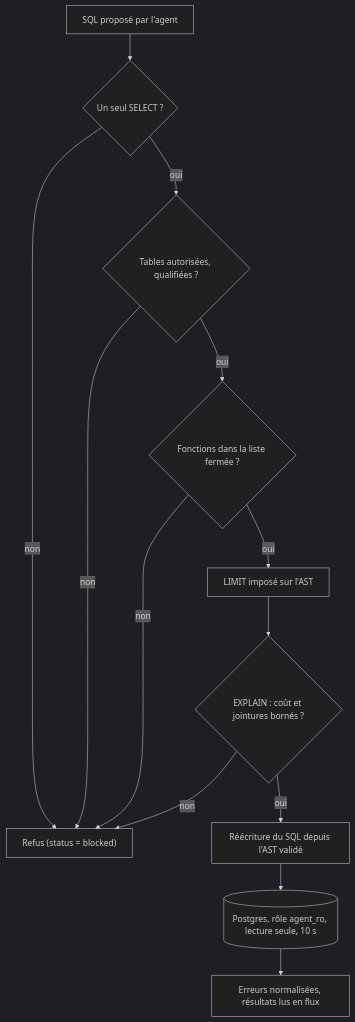
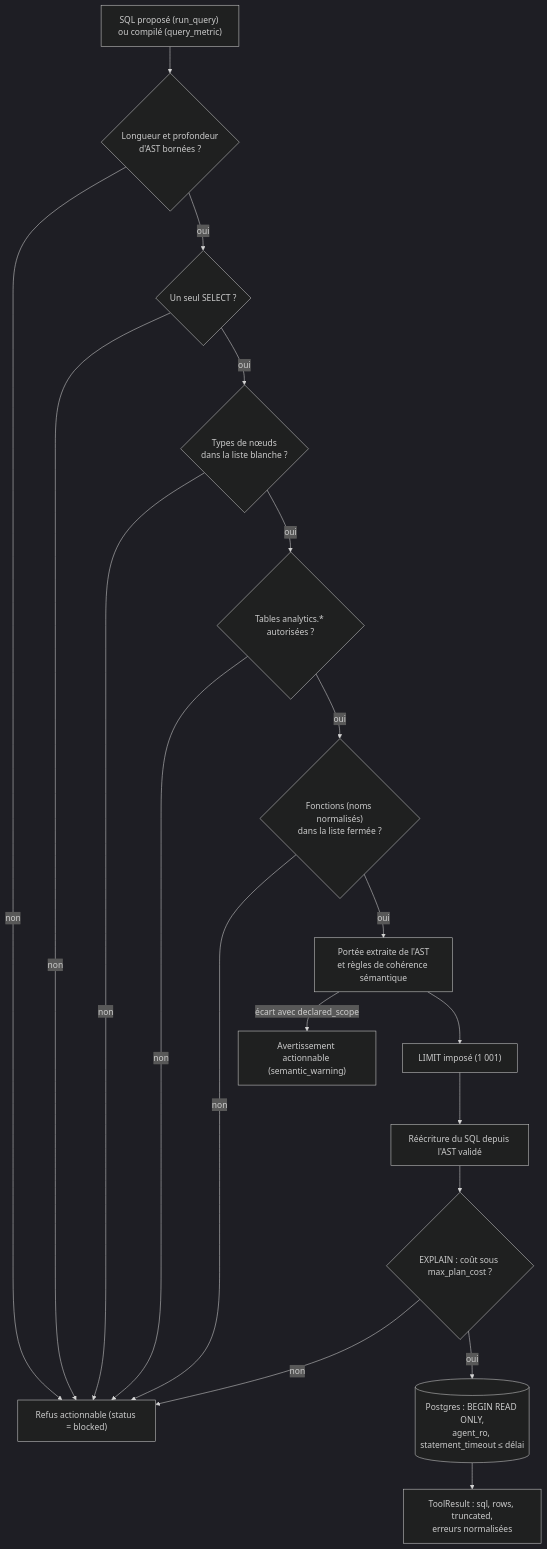
One commit to justefrank/decision-agent-IA changed the diagram in docs/diagrams/08-garde-sql.mmd. Above: the diagram before and after it, drawn with Mermaid (dark theme). The commit also changed 47 other files, not shown here.

First line of the commit message:
docs: passage en v5 (MVP, query_metric, citation par référence, évaluation sur le test seul, intégration Claude) et diagrammes re-rendus

```diff
--- a/docs/diagrams/08-garde-sql.mmd
+++ b/docs/diagrams/08-garde-sql.mmd
@@ -1,13 +1,19 @@
 flowchart TD
-  S["SQL proposé par l'agent"] --> P{"Un seul SELECT ?"}
-  P -- non --> X["Refus (status = blocked)"]
-  P -- oui --> T{"Tables autorisées, qualifiées ?"}
+  S["SQL proposé (run_query) ou compilé (query_metric)"] --> B{"Longueur et profondeur<br/>d'AST bornées ?"}
+  B -- non --> X["Refus actionnable (status = blocked)"]
+  B -- oui --> P{"Un seul SELECT ?"}
+  P -- non --> X
+  P -- oui --> N{"Types de nœuds<br/>dans la liste blanche ?"}
+  N -- non --> X
+  N -- oui --> T{"Tables analytics.* autorisées ?"}
   T -- non --> X
-  T -- oui --> F{"Fonctions dans la liste fermée ?"}
+  T -- oui --> F{"Fonctions (noms normalisés)<br/>dans la liste fermée ?"}
   F -- non --> X
-  F -- oui --> LI["LIMIT imposé sur l'AST"]
-  LI --> E{"EXPLAIN : coût et jointures bornés ?"}
+  F -- oui --> SC["Portée extraite de l'AST<br/>et règles de cohérence sémantique"]
+  SC -- "écart avec declared_scope" --> WN["Avertissement actionnable (semantic_warning)"]
+  SC --> LI["LIMIT imposé (1 001)"]
+  LI --> R["Réécriture du SQL depuis l'AST validé"]
+  R --> E{"EXPLAIN : coût sous max_plan_cost ?"}
   E -- non --> X
-  E -- oui --> R["Réécriture du SQL depuis l'AST validé"]
-  R --> DB[("Postgres, rôle agent_ro, lecture seule, 10 s")]
-  DB --> N["Erreurs normalisées, résultats lus en flux"]
+  E -- oui --> DB[("Postgres : BEGIN READ ONLY,<br/>agent_ro, statement_timeout ≤ délai")]
+  DB --> NR["ToolResult : sql, rows, truncated,<br/>erreurs normalisées"]
```
